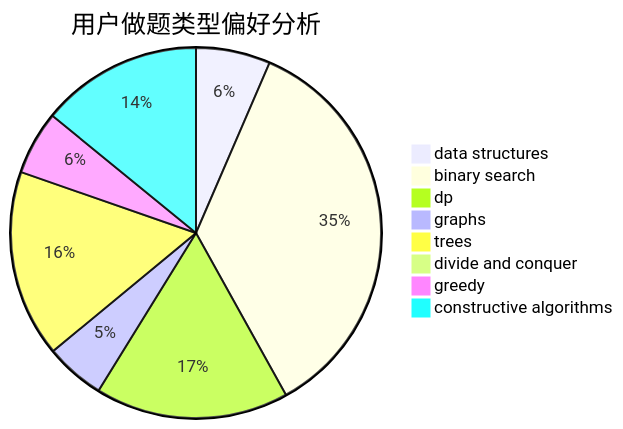
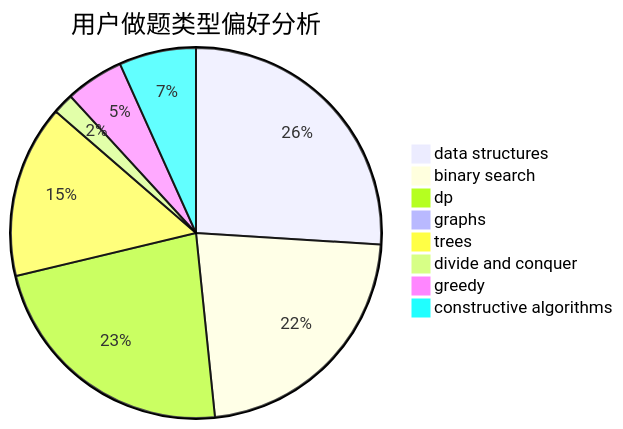
The second of 3 diagrams in docs/user/u2491.md (sherpahu/cfrs.github.io), drawn with Mermaid before and after one commit. The commit also changed other lines of this file and 2770 other files, not shown here.

````diff
--- a/docs/user/u2491.md
+++ b/docs/user/u2491.md
@@ -23,11 +23,11 @@
 ```mermaid
 pie title 用户做题类型偏好分析
-    "data structures" :  35
-    "binary search" :  191
-    "dp" :  91
-    "graphs" :  28
-    "trees" :  88
-    "divide and conquer" :  0
-    "greedy" :  30
-    "constructive algorithms" :  76
+    "data structures" :  143
+    "binary search" :  123
+    "dp" :  126
+    "graphs" :  4
+    "trees" :  83
+    "divide and conquer" :  10
+    "greedy" :  28
+    "constructive algorithms" :  37
 ```
````
